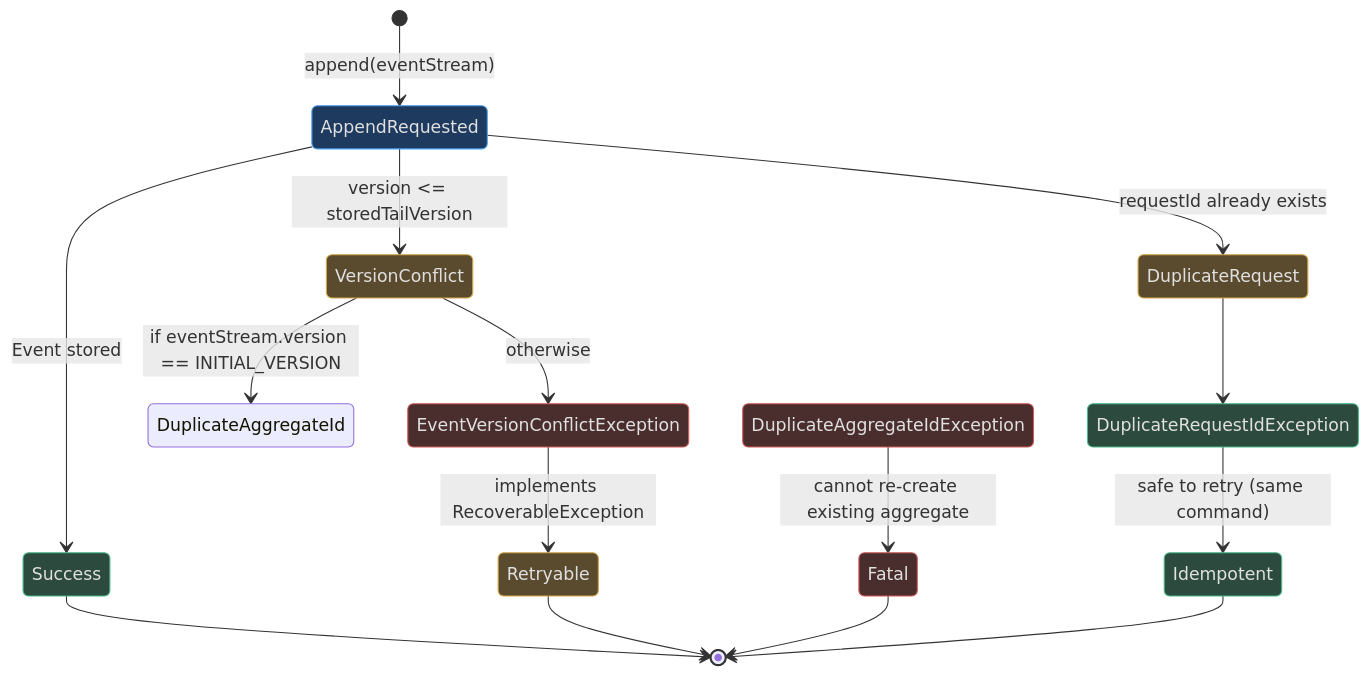
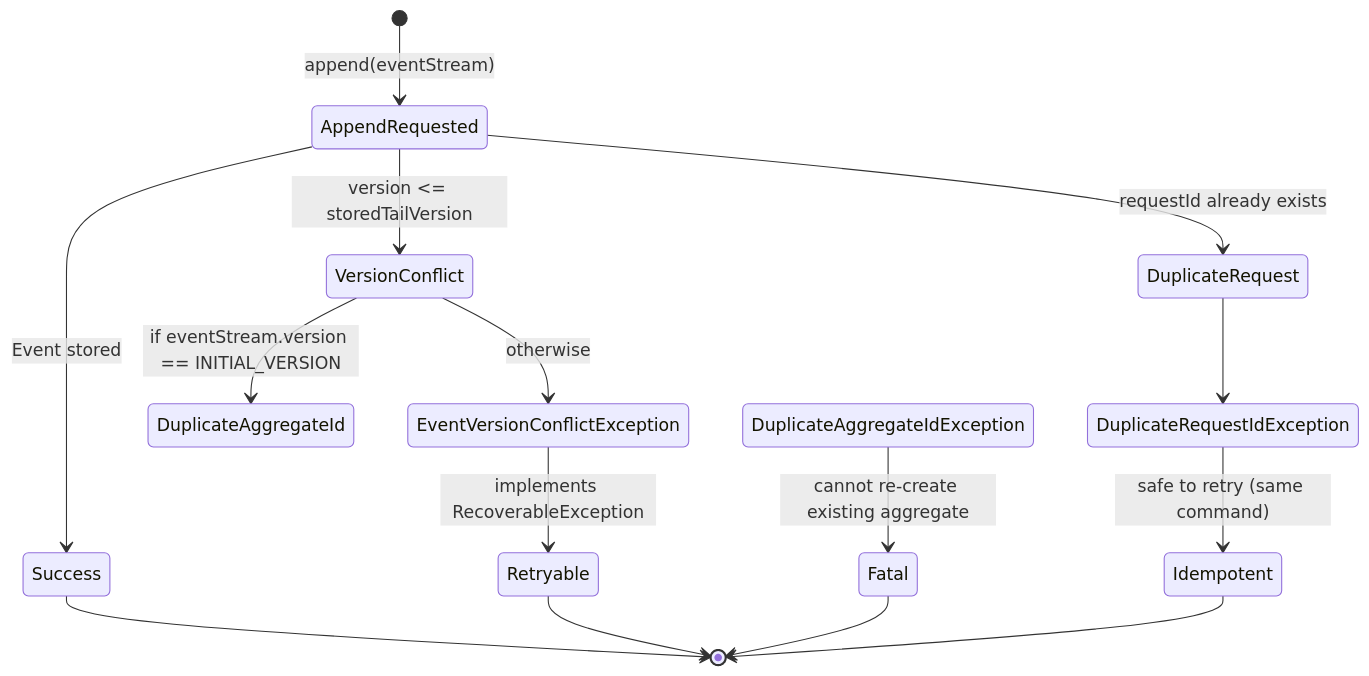
One commit to Ahoo-Wang/Wow changed the fifth of 5 diagrams in documentation/docs/en/deep-dive/data/event-store.md. Above: the diagram before and after it, drawn with Mermaid. The commit also changed other lines of this file and 32 other files, not shown here.

Commit message:
docs: remove unsupported style/classDef directives from stateDiagram-v2 Mermaid blocks

````diff
--- a/documentation/docs/en/deep-dive/data/event-store.md
+++ b/documentation/docs/en/deep-dive/data/event-store.md
@@ -441,31 +433,21 @@
 ```mermaid
 stateDiagram-v2
     [*] --> AppendRequested: append(eventStream)
     AppendRequested --> Success: Event stored
     AppendRequested --> VersionConflict: version <= storedTailVersion
     AppendRequested --> DuplicateRequest: requestId already exists
 
     VersionConflict --> DuplicateAggregateId: if eventStream.version == INITIAL_VERSION
     VersionConflict --> EventVersionConflictException: otherwise
     DuplicateRequest --> DuplicateRequestIdException
 
     EventVersionConflictException --> Retryable: implements RecoverableException
     DuplicateRequestIdException --> Idempotent: safe to retry (same command)
     DuplicateAggregateIdException --> Fatal: cannot re-create existing aggregate
 
     Success --> [*]
     Retryable --> [*]
     Idempotent --> [*]
     Fatal --> [*]
 
-    style AppendRequested fill:#1e3a5f,stroke:#4a9eed,color:#e0e0e0
-    style Success fill:#2d4a3e,stroke:#4aba8a,color:#e0e0e0
-    style VersionConflict fill:#5a4a2e,stroke:#d4a84b,color:#e0e0e0
-    style DuplicateRequest fill:#5a4a2e,stroke:#d4a84b,color:#e0e0e0
-    style EventVersionConflictException fill:#4a2e2e,stroke:#d45b5b,color:#e0e0e0
-    style DuplicateRequestIdException fill:#2d4a3e,stroke:#4aba8a,color:#e0e0e0
-    style DuplicateAggregateIdException fill:#4a2e2e,stroke:#d45b5b,color:#e0e0e0
-    style Retryable fill:#5a4a2e,stroke:#d4a84b,color:#e0e0e0
-    style Idempotent fill:#2d4a3e,stroke:#4aba8a,color:#e0e0e0
-    style Fatal fill:#4a2e2e,stroke:#d45b5b,color:#e0e0e0
 ```
````
